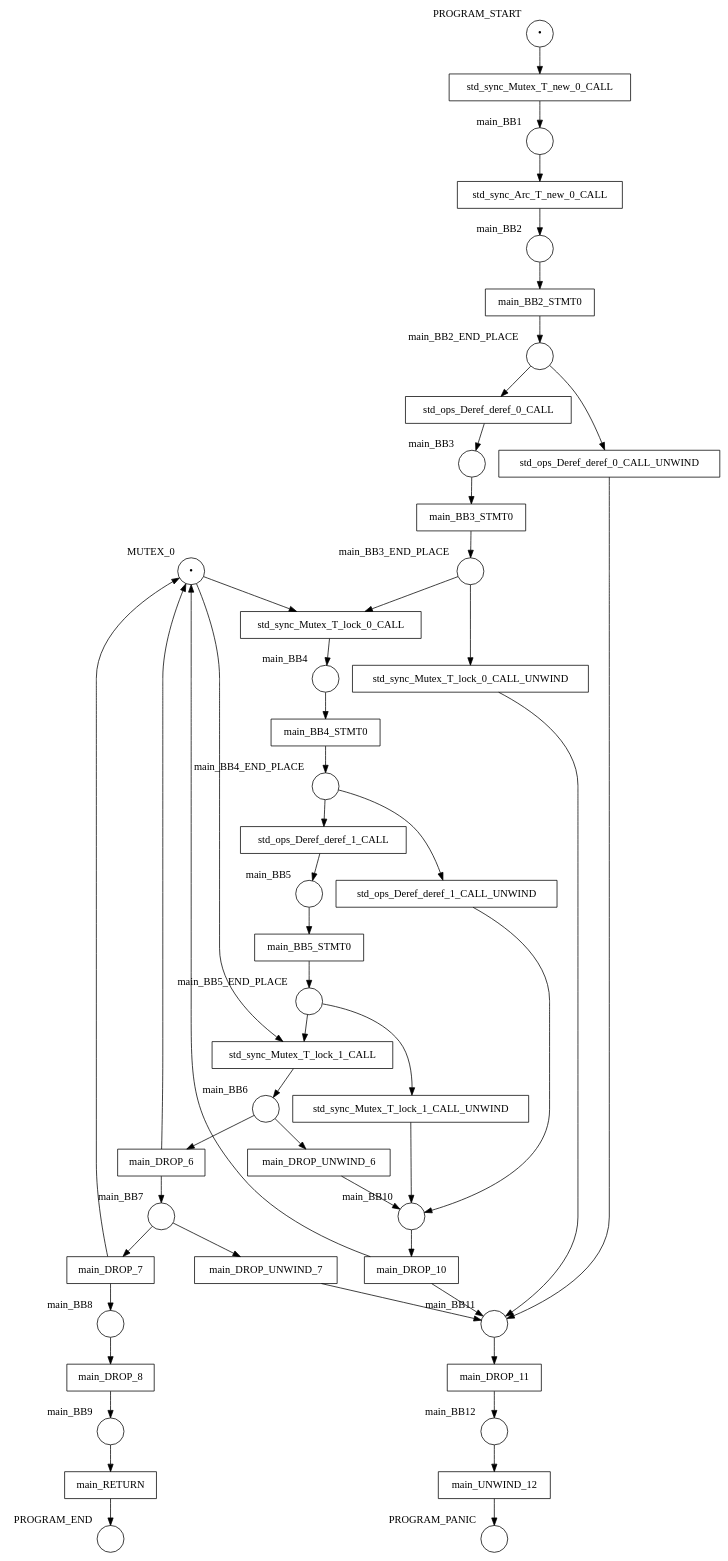
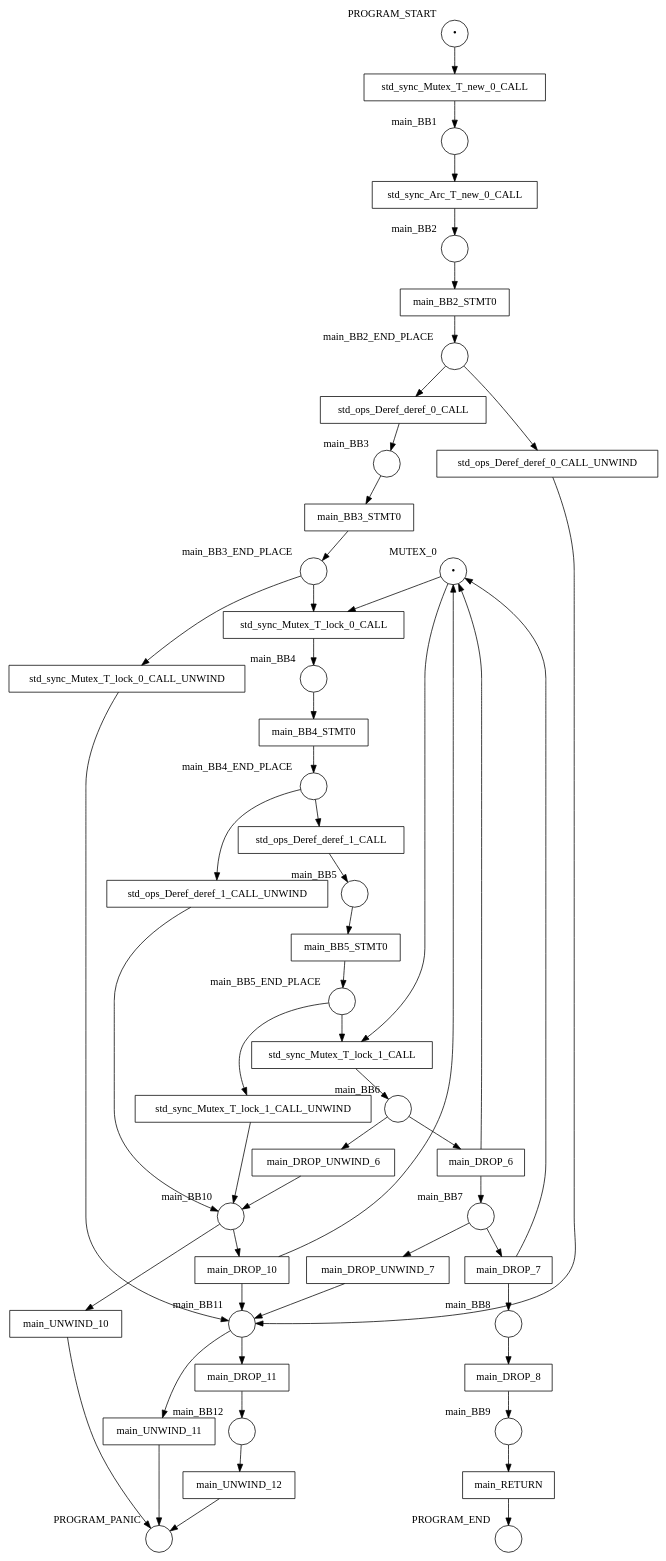
The diagram in examples/results/mutex/double_lock_deadlock_with_arc/net.dot (hlisdero/cargo-check-deadlock), drawn with Graphviz before and after one commit. The commit also changed 26 other files, not shown here.

```diff
--- a/examples/results/mutex/double_lock_deadlock_with_arc/net.dot
+++ b/examples/results/mutex/double_lock_deadlock_with_arc/net.dot
@@ -1,96 +1,102 @@
 digraph petrinet {
     MUTEX_0 [shape="circle" xlabel="MUTEX_0" label="•"];
     PROGRAM_END [shape="circle" xlabel="PROGRAM_END" label=""];
     PROGRAM_PANIC [shape="circle" xlabel="PROGRAM_PANIC" label=""];
     PROGRAM_START [shape="circle" xlabel="PROGRAM_START" label="•"];
     main_BB1 [shape="circle" xlabel="main_BB1" label=""];
     main_BB10 [shape="circle" xlabel="main_BB10" label=""];
     main_BB11 [shape="circle" xlabel="main_BB11" label=""];
     main_BB12 [shape="circle" xlabel="main_BB12" label=""];
     main_BB2 [shape="circle" xlabel="main_BB2" label=""];
     main_BB2_END_PLACE [shape="circle" xlabel="main_BB2_END_PLACE" label=""];
     main_BB3 [shape="circle" xlabel="main_BB3" label=""];
     main_BB3_END_PLACE [shape="circle" xlabel="main_BB3_END_PLACE" label=""];
     main_BB4 [shape="circle" xlabel="main_BB4" label=""];
     main_BB4_END_PLACE [shape="circle" xlabel="main_BB4_END_PLACE" label=""];
     main_BB5 [shape="circle" xlabel="main_BB5" label=""];
     main_BB5_END_PLACE [shape="circle" xlabel="main_BB5_END_PLACE" label=""];
     main_BB6 [shape="circle" xlabel="main_BB6" label=""];
     main_BB7 [shape="circle" xlabel="main_BB7" label=""];
     main_BB8 [shape="circle" xlabel="main_BB8" label=""];
     main_BB9 [shape="circle" xlabel="main_BB9" label=""];
     main_BB2_STMT0 [shape="box" xlabel="" label="main_BB2_STMT0"];
     main_BB3_STMT0 [shape="box" xlabel="" label="main_BB3_STMT0"];
     main_BB4_STMT0 [shape="box" xlabel="" label="main_BB4_STMT0"];
     main_BB5_STMT0 [shape="box" xlabel="" label="main_BB5_STMT0"];
     main_DROP_10 [shape="box" xlabel="" label="main_DROP_10"];
     main_DROP_11 [shape="box" xlabel="" label="main_DROP_11"];
     main_DROP_6 [shape="box" xlabel="" label="main_DROP_6"];
     main_DROP_7 [shape="box" xlabel="" label="main_DROP_7"];
     main_DROP_8 [shape="box" xlabel="" label="main_DROP_8"];
     main_DROP_UNWIND_6 [shape="box" xlabel="" label="main_DROP_UNWIND_6"];
     main_DROP_UNWIND_7 [shape="box" xlabel="" label="main_DROP_UNWIND_7"];
     main_RETURN [shape="box" xlabel="" label="main_RETURN"];
+    main_UNWIND_10 [shape="box" xlabel="" label="main_UNWIND_10"];
+    main_UNWIND_11 [shape="box" xlabel="" label="main_UNWIND_11"];
     main_UNWIND_12 [shape="box" xlabel="" label="main_UNWIND_12"];
     std_ops_Deref_deref_0_CALL [shape="box" xlabel="" label="std_ops_Deref_deref_0_CALL"];
     std_ops_Deref_deref_0_CALL_UNWIND [shape="box" xlabel="" label="std_ops_Deref_deref_0_CALL_UNWIND"];
     std_ops_Deref_deref_1_CALL [shape="box" xlabel="" label="std_ops_Deref_deref_1_CALL"];
     std_ops_Deref_deref_1_CALL_UNWIND [shape="box" xlabel="" label="std_ops_Deref_deref_1_CALL_UNWIND"];
     std_sync_Arc_T_new_0_CALL [shape="box" xlabel="" label="std_sync_Arc_T_new_0_CALL"];
     std_sync_Mutex_T_lock_0_CALL [shape="box" xlabel="" label="std_sync_Mutex_T_lock_0_CALL"];
     std_sync_Mutex_T_lock_0_CALL_UNWIND [shape="box" xlabel="" label="std_sync_Mutex_T_lock_0_CALL_UNWIND"];
     std_sync_Mutex_T_lock_1_CALL [shape="box" xlabel="" label="std_sync_Mutex_T_lock_1_CALL"];
     std_sync_Mutex_T_lock_1_CALL_UNWIND [shape="box" xlabel="" label="std_sync_Mutex_T_lock_1_CALL_UNWIND"];
     std_sync_Mutex_T_new_0_CALL [shape="box" xlabel="" label="std_sync_Mutex_T_new_0_CALL"];
     MUTEX_0 -> std_sync_Mutex_T_lock_0_CALL;
     MUTEX_0 -> std_sync_Mutex_T_lock_1_CALL;
     PROGRAM_START -> std_sync_Mutex_T_new_0_CALL;
     main_BB1 -> std_sync_Arc_T_new_0_CALL;
     main_BB10 -> main_DROP_10;
+    main_BB10 -> main_UNWIND_10;
     main_BB11 -> main_DROP_11;
+    main_BB11 -> main_UNWIND_11;
     main_BB12 -> main_UNWIND_12;
     main_BB2 -> main_BB2_STMT0;
     main_BB2_END_PLACE -> std_ops_Deref_deref_0_CALL;
     main_BB2_END_PLACE -> std_ops_Deref_deref_0_CALL_UNWIND;
     main_BB3 -> main_BB3_STMT0;
     main_BB3_END_PLACE -> std_sync_Mutex_T_lock_0_CALL;
     main_BB3_END_PLACE -> std_sync_Mutex_T_lock_0_CALL_UNWIND;
     main_BB4 -> main_BB4_STMT0;
     main_BB4_END_PLACE -> std_ops_Deref_deref_1_CALL;
     main_BB4_END_PLACE -> std_ops_Deref_deref_1_CALL_UNWIND;
     main_BB5 -> main_BB5_STMT0;
     main_BB5_END_PLACE -> std_sync_Mutex_T_lock_1_CALL;
     main_BB5_END_PLACE -> std_sync_Mutex_T_lock_1_CALL_UNWIND;
     main_BB6 -> main_DROP_6;
     main_BB6 -> main_DROP_UNWIND_6;
     main_BB7 -> main_DROP_7;
     main_BB7 -> main_DROP_UNWIND_7;
     main_BB8 -> main_DROP_8;
     main_BB9 -> main_RETURN;
     main_BB2_STMT0 -> main_BB2_END_PLACE;
     main_BB3_STMT0 -> main_BB3_END_PLACE;
     main_BB4_STMT0 -> main_BB4_END_PLACE;
     main_BB5_STMT0 -> main_BB5_END_PLACE;
     main_DROP_10 -> MUTEX_0;
     main_DROP_10 -> main_BB11;
     main_DROP_11 -> main_BB12;
     main_DROP_6 -> MUTEX_0;
     main_DROP_6 -> main_BB7;
     main_DROP_7 -> MUTEX_0;
     main_DROP_7 -> main_BB8;
     main_DROP_8 -> main_BB9;
     main_DROP_UNWIND_6 -> main_BB10;
     main_DROP_UNWIND_7 -> main_BB11;
     main_RETURN -> PROGRAM_END;
+    main_UNWIND_10 -> PROGRAM_PANIC;
+    main_UNWIND_11 -> PROGRAM_PANIC;
     main_UNWIND_12 -> PROGRAM_PANIC;
     std_ops_Deref_deref_0_CALL -> main_BB3;
     std_ops_Deref_deref_0_CALL_UNWIND -> main_BB11;
     std_ops_Deref_deref_1_CALL -> main_BB5;
     std_ops_Deref_deref_1_CALL_UNWIND -> main_BB10;
     std_sync_Arc_T_new_0_CALL -> main_BB2;
     std_sync_Mutex_T_lock_0_CALL -> main_BB4;
     std_sync_Mutex_T_lock_0_CALL_UNWIND -> main_BB11;
     std_sync_Mutex_T_lock_1_CALL -> main_BB6;
     std_sync_Mutex_T_lock_1_CALL_UNWIND -> main_BB10;
     std_sync_Mutex_T_new_0_CALL -> main_BB1;
 }
```
